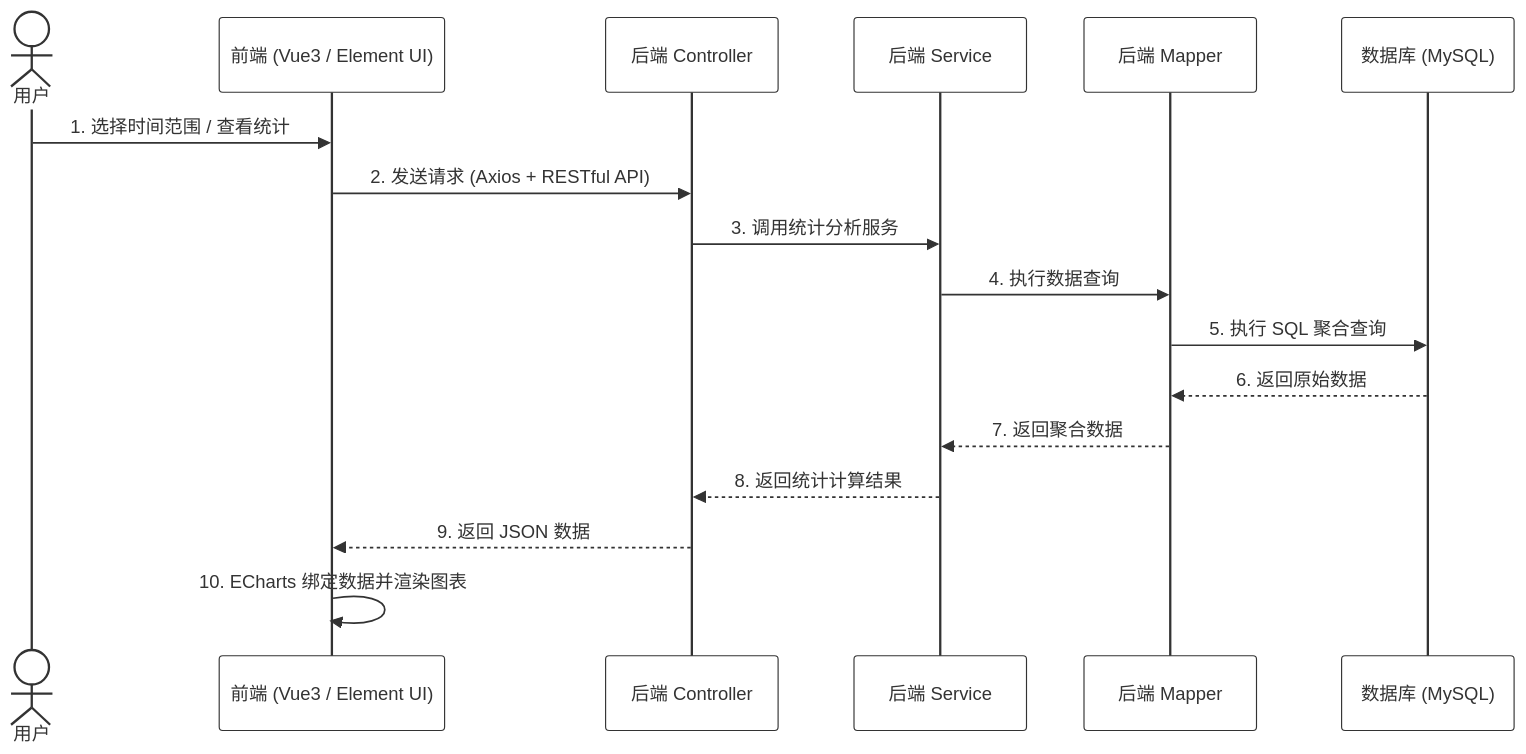
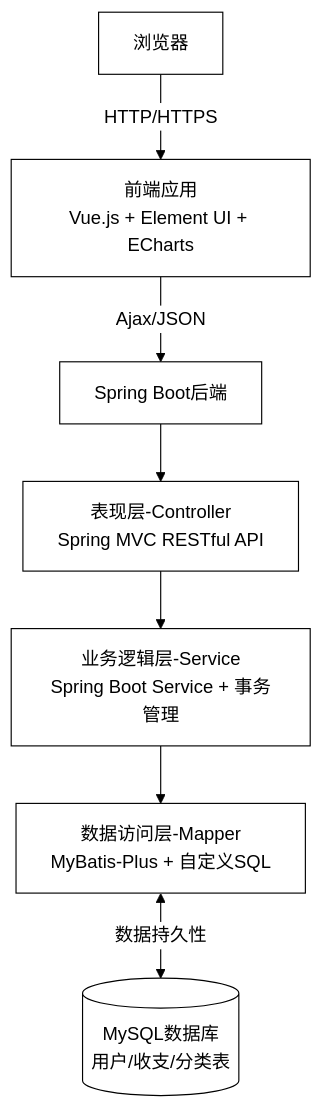
The diagram in all/未命名.md (C1010wj/iodraw-files), drawn with Mermaid before and after one commit.

Commit message:
2026-05-06 11:22:28 update

````diff
--- a/all/未命名.md
+++ b/all/未命名.md
@@ -1,27 +1,31 @@
 ```mermaid
-%%{init: { 'theme':'base', 'themeVariables': {
-  'actorBkg':'#ffffff',
-  'actorBorder':'#333333',
-  'participantBkg':'#ffffff',
-  'participantBorder':'#333333',
-  'lineColor':'#333333'
-}}}%%
-sequenceDiagram
-    actor User as 用户
-    participant Frontend as 前端 (Vue3 / Element UI)
-    participant Controller as 后端 Controller
-    participant Service as 后端 Service
-    participant Mapper as 后端 Mapper
-    participant DB as 数据库 (MySQL)
+%%{init: {
+    'theme': 'base',
+    'themeVariables': {
+        'primaryColor': '#ffffff',
+        'primaryTextColor': '#000000',
+        'primaryBorderColor': '#000000',
+        'lineColor': '#000000',
+        'secondaryColor': '#ffffff',
+        'tertiaryColor': '#ffffff',
+        'nodeBorder': '#000000',
+        'clusterBkg': '#ffffff',
+        'clusterBorder': '#000000'
+    }
+}}%%
+flowchart TD
+    Browser[浏览器]
+    Frontend[前端应用<br/>Vue.js + Element UI + ECharts]
+    Backend[Spring Boot后端]
+    Controller[表现层-Controller<br/>Spring MVC RESTful API]
+    Service[业务逻辑层-Service<br/>Spring Boot Service + 事务管理]
+    Mapper[数据访问层-Mapper<br/>MyBatis-Plus + 自定义SQL]
+    DB[(MySQL数据库<br/>用户/收支/分类表)]
 
-    User->>Frontend: 1. 选择时间范围 / 查看统计
-    Frontend->>Controller: 2. 发送请求 (Axios + RESTful API)
-    Controller->>Service: 3. 调用统计分析服务
-    Service->>Mapper: 4. 执行数据查询
-    Mapper->>DB: 5. 执行 SQL 聚合查询
-    DB-->>Mapper: 6. 返回原始数据
-    Mapper-->>Service: 7. 返回聚合数据
-    Service-->>Controller: 8. 返回统计计算结果
-    Controller-->>Frontend: 9. 返回 JSON 数据
-    Frontend->>Frontend: 10. ECharts 绑定数据并渲染图表
+    Browser -->|HTTP/HTTPS| Frontend
+    Frontend -->|Ajax/JSON| Backend
+    Backend --> Controller
+    Controller --> Service
+    Service --> Mapper
+    Mapper <-->|数据持久性| DB
 ```
````
